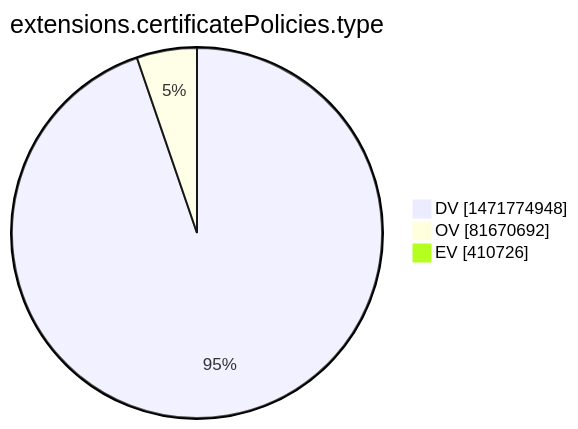
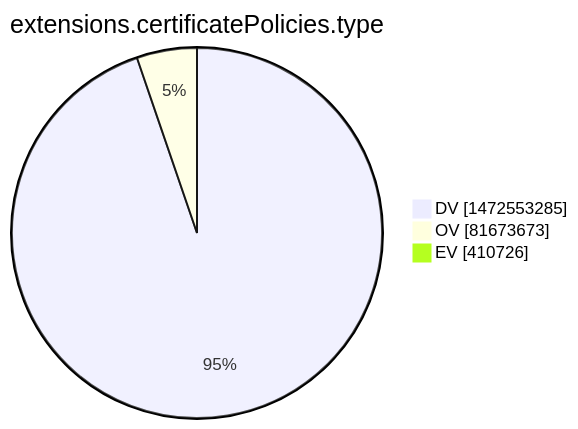
Before and after one commit to christiankrug/ctmonitor_visualization: the tenth of 15 diagrams in xenon2022/README.md, drawn with Mermaid. The commit also changed other lines of this file, not shown here.

````diff
--- a/xenon2022/README.md
+++ b/xenon2022/README.md
@@ -2872,7 +2872,7 @@
 ```mermaid
 pie showData
 title extensions.certificatePolicies.type
-"DV" :1471774948
-"OV" :81670692
+"DV" :1472553285
+"OV" :81673673
 "EV" :410726
 ```
````
